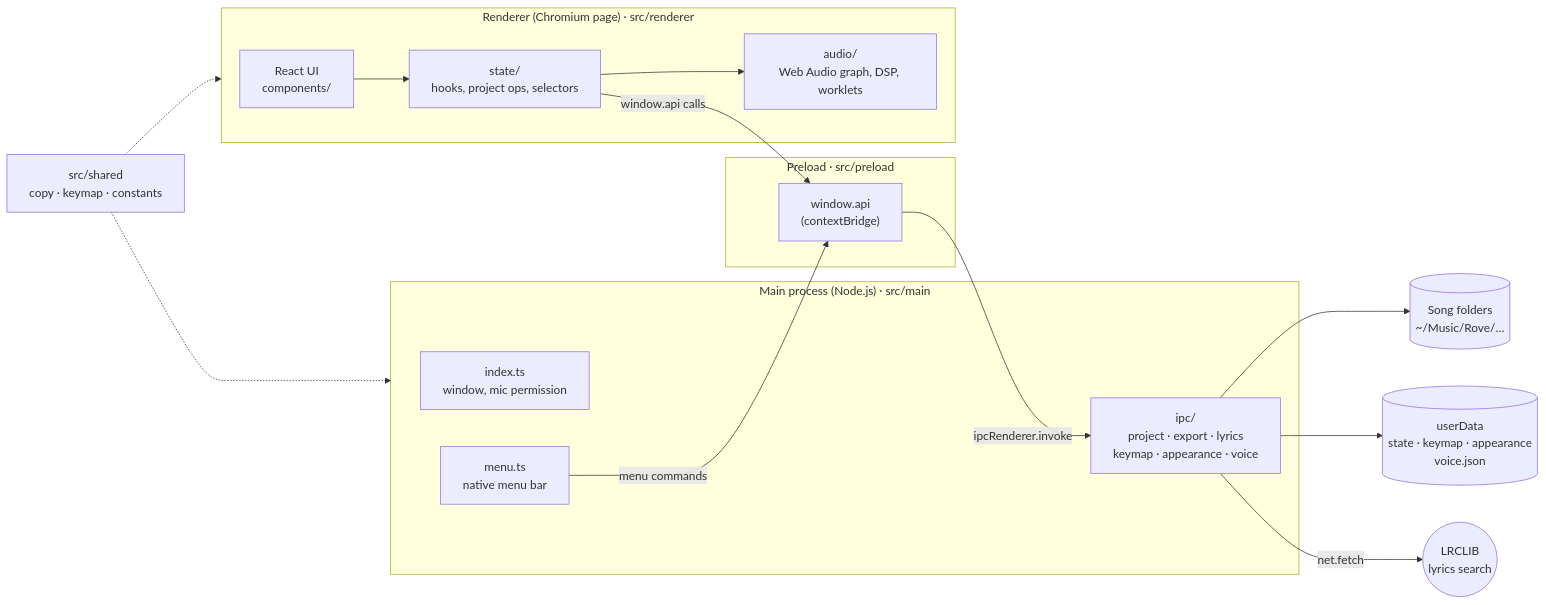
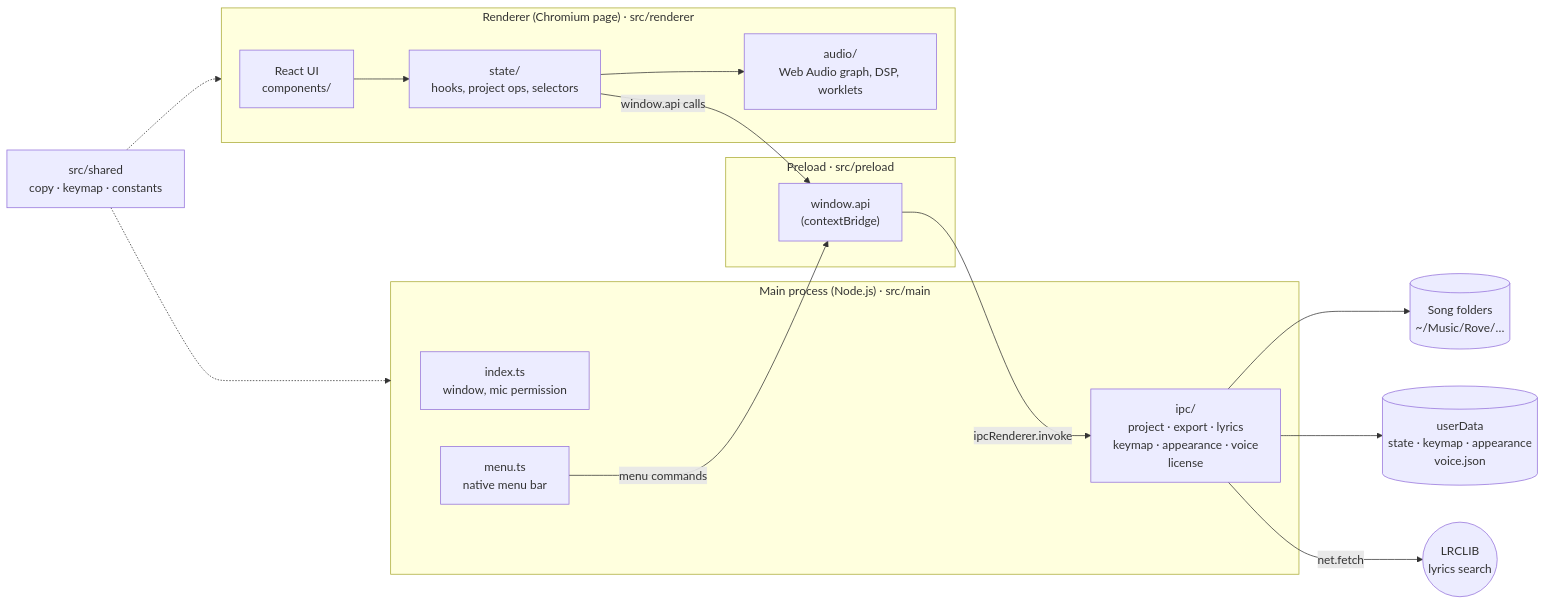
Before and after one commit to andy-techen/rove: the first of 6 diagrams in docs/architecture.md, drawn with Mermaid. The commit also changed other lines of this file and 29 other files, not shown here.

````diff
--- a/docs/architecture.md
+++ b/docs/architecture.md
@@ -10,30 +10,30 @@
 ```mermaid
 flowchart LR
   subgraph Main["Main process (Node.js) · src/main"]
     index["index.ts<br/>window, mic permission"]
     menu["menu.ts<br/>native menu bar"]
-    ipc["ipc/<br/>project · export · lyrics<br/>keymap · appearance · voice"]
+    ipc["ipc/<br/>project · export · lyrics<br/>keymap · appearance · voice<br/>license"]
   end
 
   subgraph Preload["Preload · src/preload"]
     api["window.api<br/>(contextBridge)"]
   end
 
   subgraph Renderer["Renderer (Chromium page) · src/renderer"]
     react["React UI<br/>components/"]
     state["state/<br/>hooks, project ops, selectors"]
     audio["audio/<br/>Web Audio graph, DSP, worklets"]
   end
 
   shared["src/shared<br/>copy · keymap · constants"]
 
   react --> state --> audio
   state -- "window.api calls" --> api
   api -- "ipcRenderer.invoke" --> ipc
   menu -- "menu commands" --> api
   ipc --> disk[("Song folders<br/>~/Music/Rove/…")]
   ipc --> userData[("userData<br/>state · keymap · appearance<br/>voice.json")]
   ipc -- "net.fetch" --> lrclib(("LRCLIB<br/>lyrics search"))
   shared -.-> Main
   shared -.-> Renderer
 ```
````
